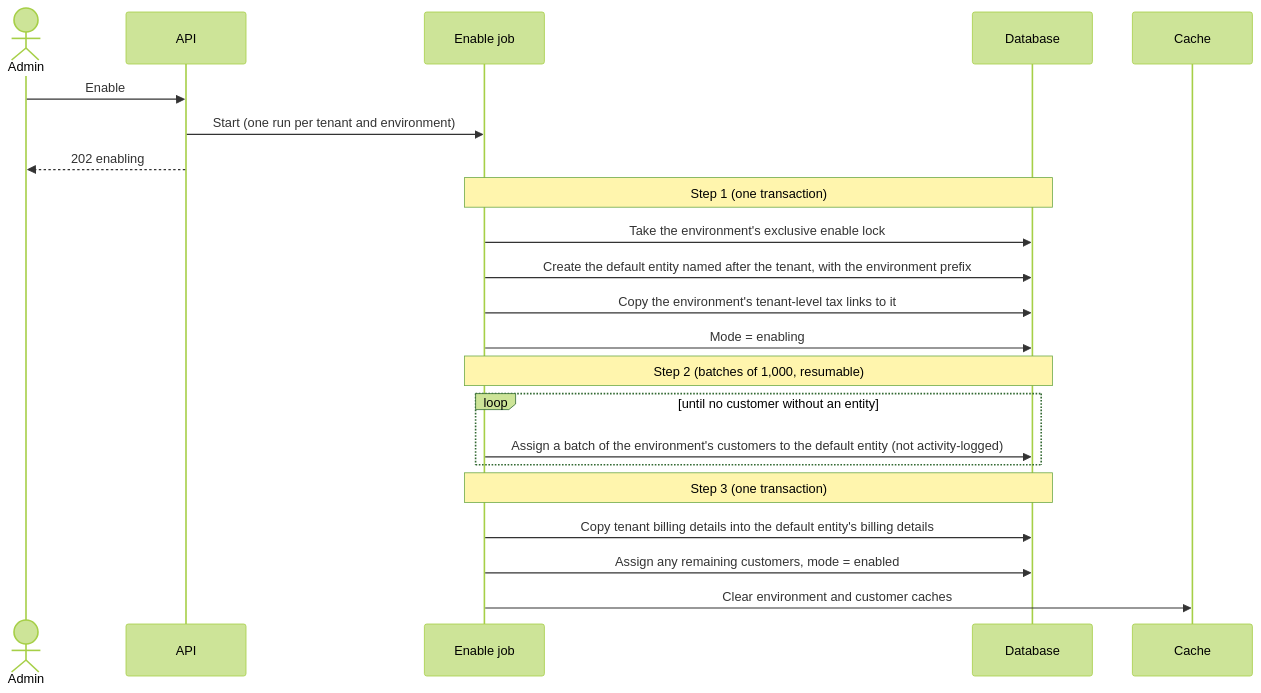
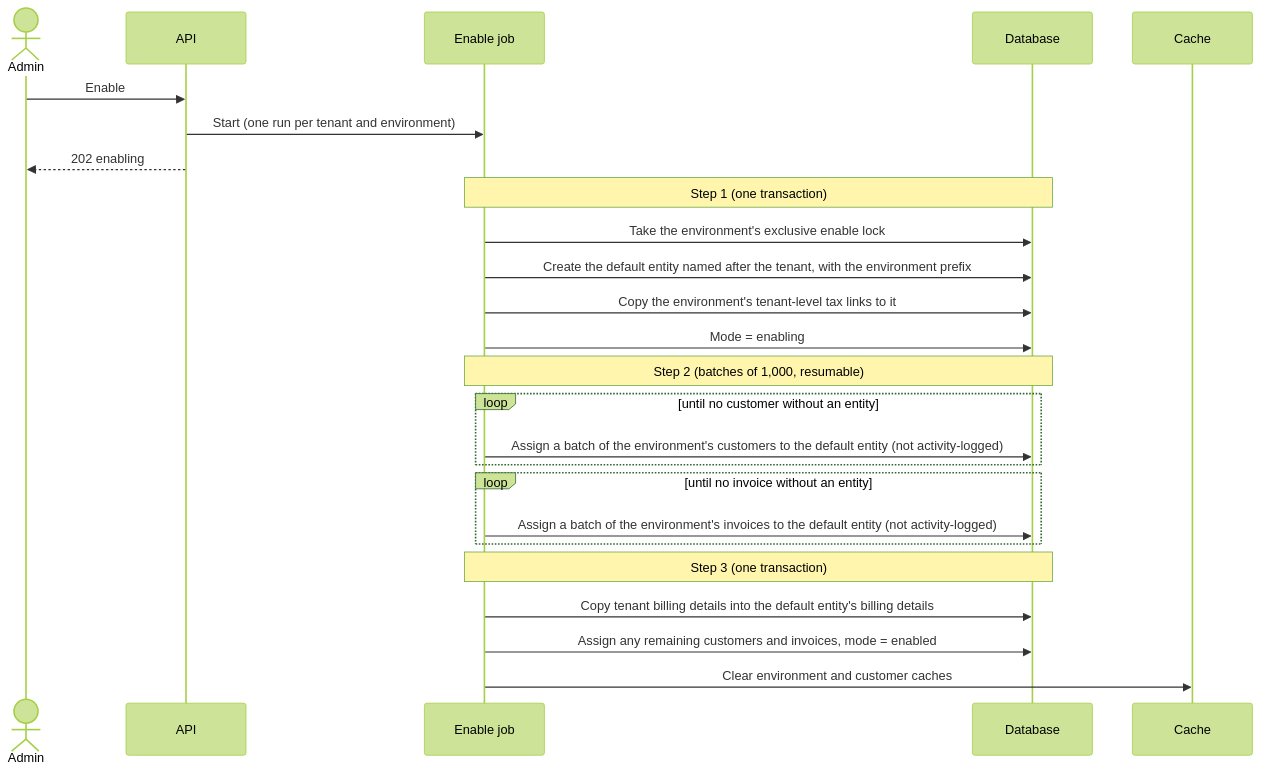
The fourth of 6 diagrams in docs/design/2026-10-27-billing-entities-p1-erd.md (flexprice/flexprice), drawn with Mermaid (forest theme) before and after one commit. The commit also changed other lines of this file and 31 other files, not shown here.

First line of the commit message:
feat(billing-entities): store billing_entity_id on invoices

````diff
--- a/docs/design/2026-10-27-billing-entities-p1-erd.md
+++ b/docs/design/2026-10-27-billing-entities-p1-erd.md
@@ -370,24 +373,27 @@
 ```mermaid
 sequenceDiagram
   actor Admin
   participant API
   participant Job as Enable job
   participant DB as Database
   participant Cache
   Admin->>API: Enable
   API->>Job: Start (one run per tenant and environment)
   API-->>Admin: 202 enabling
   Note over Job,DB: Step 1 (one transaction)
   Job->>DB: Take the environment's exclusive enable lock
   Job->>DB: Create the default entity named after the tenant, with the environment prefix
   Job->>DB: Copy the environment's tenant-level tax links to it
   Job->>DB: Mode = enabling
   Note over Job,DB: Step 2 (batches of 1,000, resumable)
   loop until no customer without an entity
     Job->>DB: Assign a batch of the environment's customers to the default entity (not activity-logged)
   end
+  loop until no invoice without an entity
+    Job->>DB: Assign a batch of the environment's invoices to the default entity (not activity-logged)
+  end
   Note over Job,DB: Step 3 (one transaction)
   Job->>DB: Copy tenant billing details into the default entity's billing details
-  Job->>DB: Assign any remaining customers, mode = enabled
+  Job->>DB: Assign any remaining customers and invoices, mode = enabled
   Job->>Cache: Clear environment and customer caches
 ```
````
